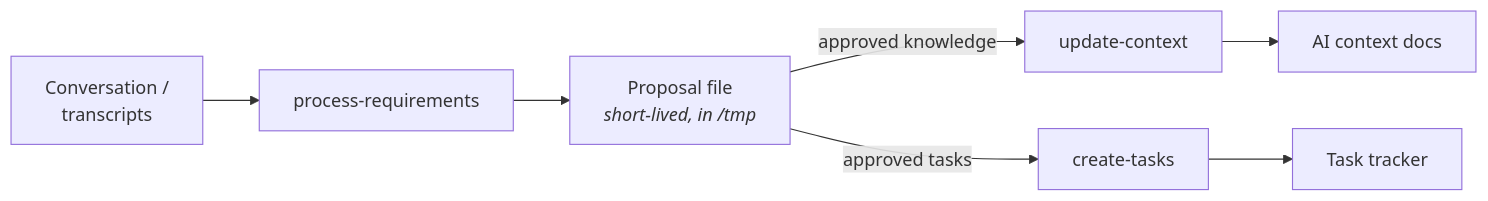
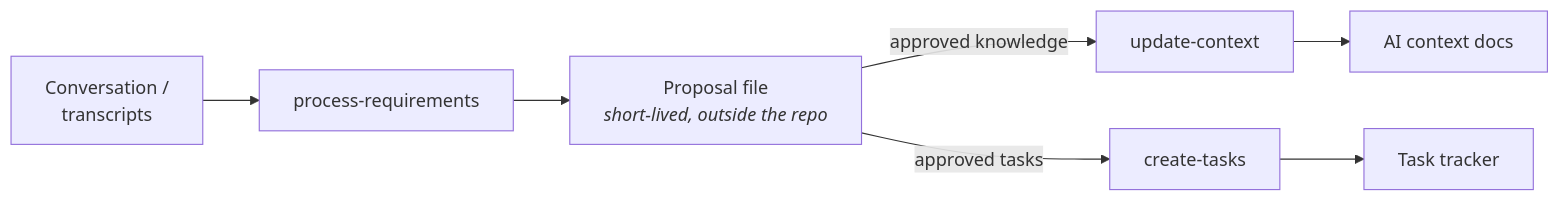
The diagram in README.md (quiram/winnow), drawn with Mermaid before and after one commit. The commit also changed other lines of this file and 3 other files, not shown here.

````diff
--- a/README.md
+++ b/README.md
@@ -21,9 +21,9 @@
 ```mermaid
 flowchart LR
     A[Conversation /<br/>transcripts] --> P[process-requirements]
-    P --> F[Proposal file<br/><i>short-lived, in /tmp</i>]
+    P --> F[Proposal file<br/><i>short-lived, outside the repo</i>]
     F -->|approved knowledge| C[update-context]
     F -->|approved tasks| T[create-tasks]
     C --> D[AI context docs]
     T --> K[Task tracker]
 ```
````
